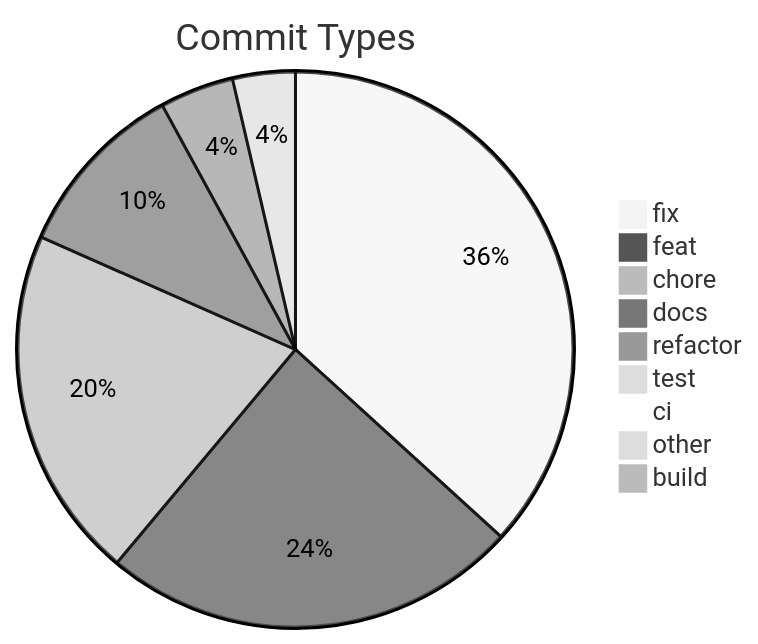
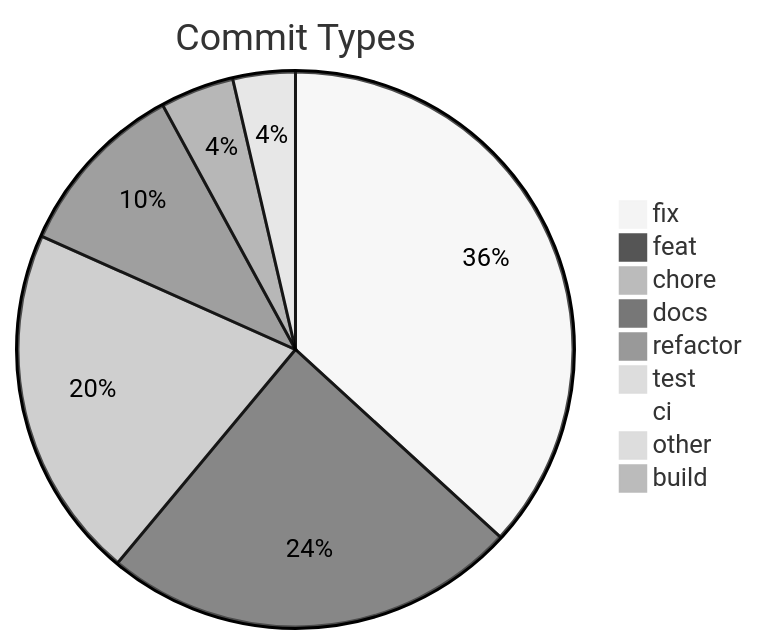
Before and after one commit to svenroth-ai/shipwright-webui: the diagram in .shipwright/compliance/change-history.md, drawn with Mermaid (neutral theme). The commit also changed other lines of this file and 2 other files, not shown here.

````diff
--- a/.shipwright/compliance/change-history.md
+++ b/.shipwright/compliance/change-history.md
@@ -8,12 +8,12 @@
 ```mermaid
 pie title Commit Types
-    "fix" : 222
+    "fix" : 223
     "feat" : 147
-    "chore" : 124
+    "chore" : 125
     "docs" : 63
     "refactor" : 26
     "test" : 22
-    "ci" : 5
+    "ci" : 6
     "other" : 4
     "build" : 1
 ```
````
